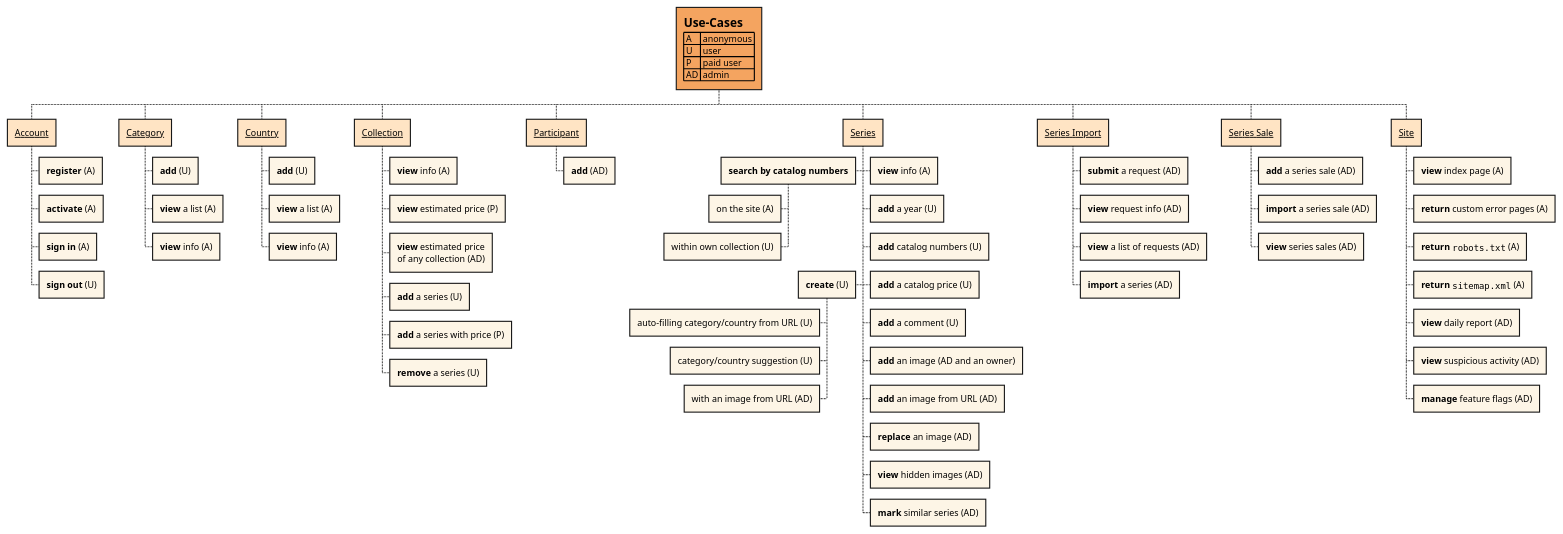
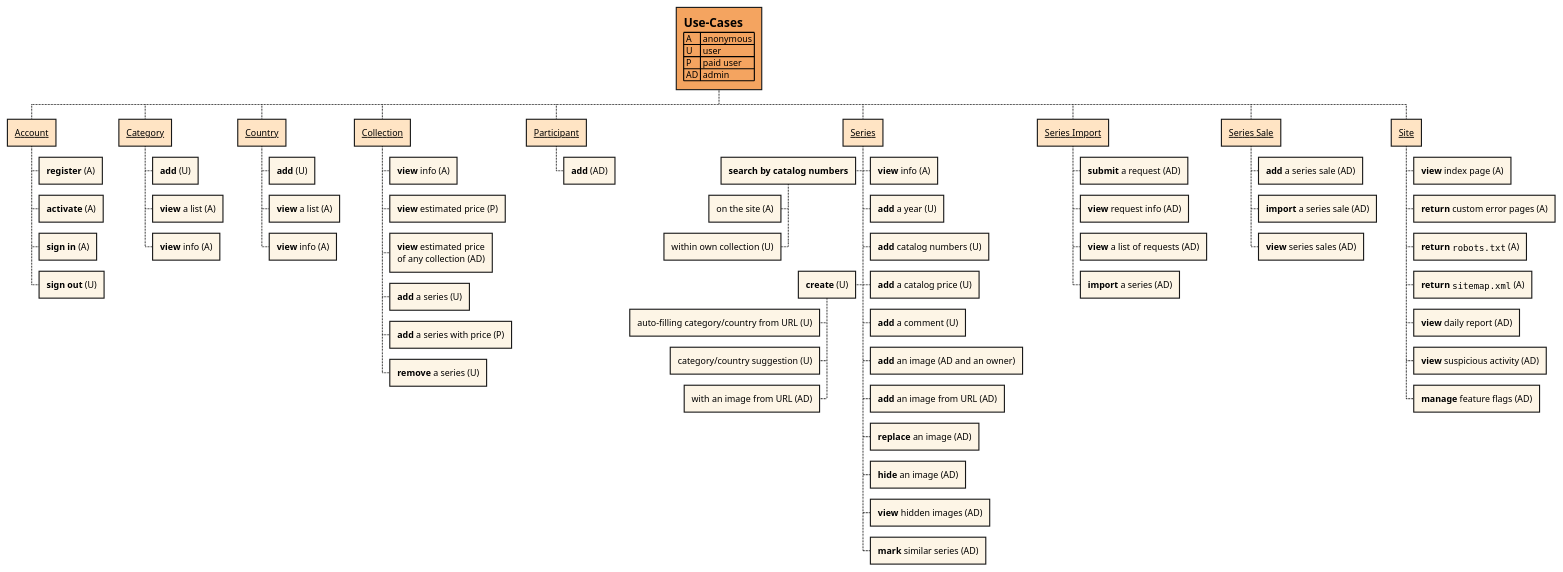
One commit to php-coder/mystamps changed the diagram in docs/diagrams/all-use-cases.puml. Above: the diagram before and after it, drawn with PlantUML.

Commit message:
chore(all-use-cases.puml): admin can hide an image
Part of #1383

[skip ci]

```diff
--- a/docs/diagrams/all-use-cases.puml
+++ b/docs/diagrams/all-use-cases.puml
@@ -1,98 +1,99 @@
 @startwbs all-use-cases.png
 ' See for details:
 ' - https://plantuml.com/en/wbs-diagram
 ' - https://plantuml.com/en/color
 ' - https://plantuml.com/en/creole
 
 <style>
 	wbsDiagram {
 		arrow {
 			LineStyle 1
 		}
 		' highlight root
 		rootNode {
 			BackgroundColor SandyBrown
 		}
 		' highlight domains
 		:depth(1) {
 			BackgroundColor Bisque
 		}
 		' highlight cases
 		:depth(2) {
 			BackgroundColor OldLace
 		}
 		:depth(3) {
 			BackgroundColor OldLace
 		}
 	}
 </style>
 
 * = Use-Cases\n| A | anonymous |\n| U | user |\n| P | paid user |\n| AD | admin |
 
 ** __Account__
 *** **register** (A)
 *** **activate** (A)
 *** **sign in** (A)
 *** **sign out** (U)
 
 ** __Category__
 *** **add** (U)
 *** **view** a list (A)
 *** **view** info (A)
 
 ** __Country__
 *** **add** (U)
 *** **view** a list (A)
 *** **view** info (A)
 
 ** __Collection__
 *** **view** info (A)
 *** **view** estimated price (P)
 *** **view** estimated price\nof any collection (AD)
 *** **add** a series (U)
 *** **add** a series with price (P)
 *** **remove** a series (U)
 
 ** __Participant__
 *** **add** (AD)
 
 ** __Series__
 *** **view** info (A)
 --- **search by catalog numbers**
 ---- on the site (A)
 ---- within own collection (U)
 --- **create** (U)
 ---- auto-filling category/country from URL (U)
 ---- category/country suggestion (U)
 ---- with an image from URL (AD)
 *** **add** a year (U)
 *** **add** catalog numbers (U)
 *** **add** a catalog price (U)
 *** **add** a comment (U)
 *** **add** an image (AD and an owner)
 *** **add** an image from URL (AD)
 *** **replace** an image (AD)
+*** **hide** an image (AD)
 *** **view** hidden images (AD)
 *** **mark** similar series (AD)
 
 ** __Series Import__
 *** **submit** a request (AD)
 *** **view** request info (AD)
 *** **view** a list of requests (AD)
 *** **import** a series (AD)
 
 ** __Series Sale__
 *** **add** a series sale (AD)
 *** **import** a series sale (AD)
 *** **view** series sales (AD)
 
 ** __Site__
 *** **view** index page (A)
 *** **return** custom error pages (A)
 *** **return** ""robots.txt"" (A)
 *** **return** ""sitemap.xml"" (A)
 *** **view** daily report (AD)
 *** **view** suspicious activity (AD)
 *** **manage** feature flags (AD)
 
 @endwbs
```
